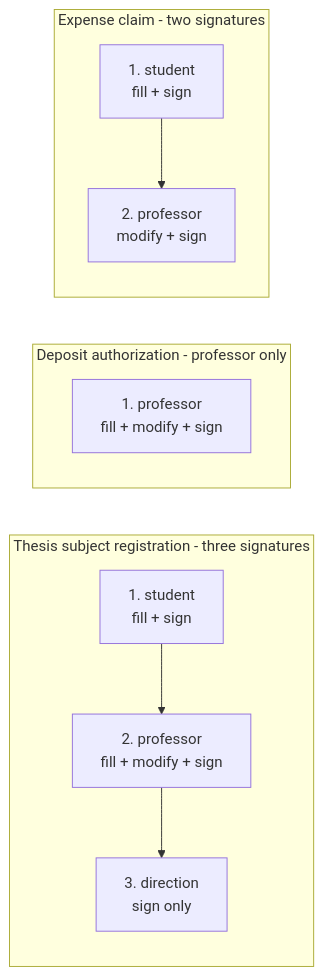
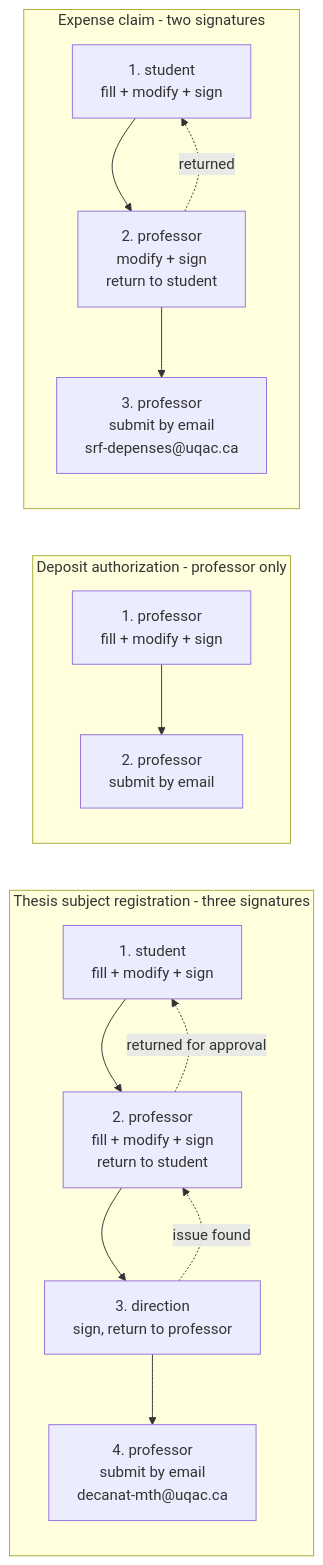
Before and after one commit to LARi-UQAC/ResearchTools: the fourth of 13 diagrams in NEW_ARCHITECTURE.md, drawn with Mermaid. The commit also changed other lines of this file, not shown here.

First line of the commit message:
docs: returns, email submission, the student timeline, and correction plans

````diff
--- a/NEW_ARCHITECTURE.md
+++ b/NEW_ARCHITECTURE.md
@@ -223,12 +288,18 @@
 ```mermaid
 flowchart LR
   subgraph A["Thesis subject registration - three signatures"]
-    A1["1. student<br/>fill + sign"] --> A2["2. professor<br/>fill + modify + sign"] --> A3["3. direction<br/>sign only"]
+    A1["1. student<br/>fill + modify + sign"] --> A2["2. professor<br/>fill + modify + sign<br/>return to student"]
+    A2 -.->|"returned for approval"| A1
+    A2 --> A3["3. direction<br/>sign, return to professor"]
+    A3 -.->|"issue found"| A2
+    A3 --> A4["4. professor<br/>submit by email<br/>decanat-mth@uqac.ca"]
   end
   subgraph B["Deposit authorization - professor only"]
-    B1["1. professor<br/>fill + modify + sign"]
+    B1["1. professor<br/>fill + modify + sign"] --> B2["2. professor<br/>submit by email"]
   end
   subgraph C["Expense claim - two signatures"]
-    C1["1. student<br/>fill + sign"] --> C2["2. professor<br/>modify + sign"]
+    C1["1. student<br/>fill + modify + sign"] --> C2["2. professor<br/>modify + sign<br/>return to student"]
+    C2 -.->|"returned"| C1
+    C2 --> C3["3. professor<br/>submit by email<br/>srf-depenses@uqac.ca"]
   end
 ```
````
